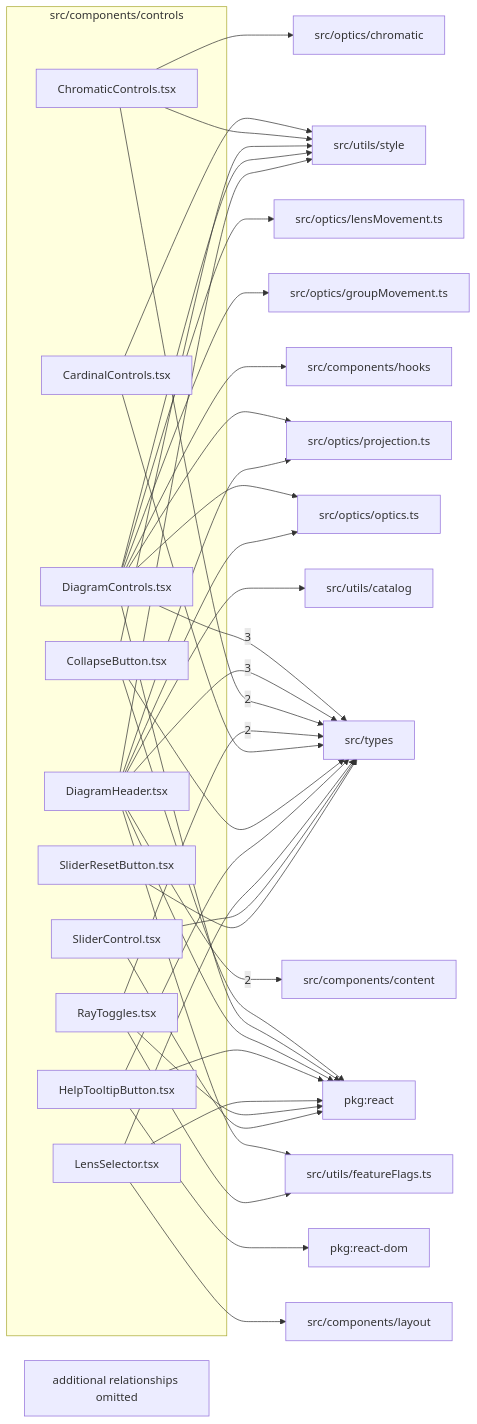
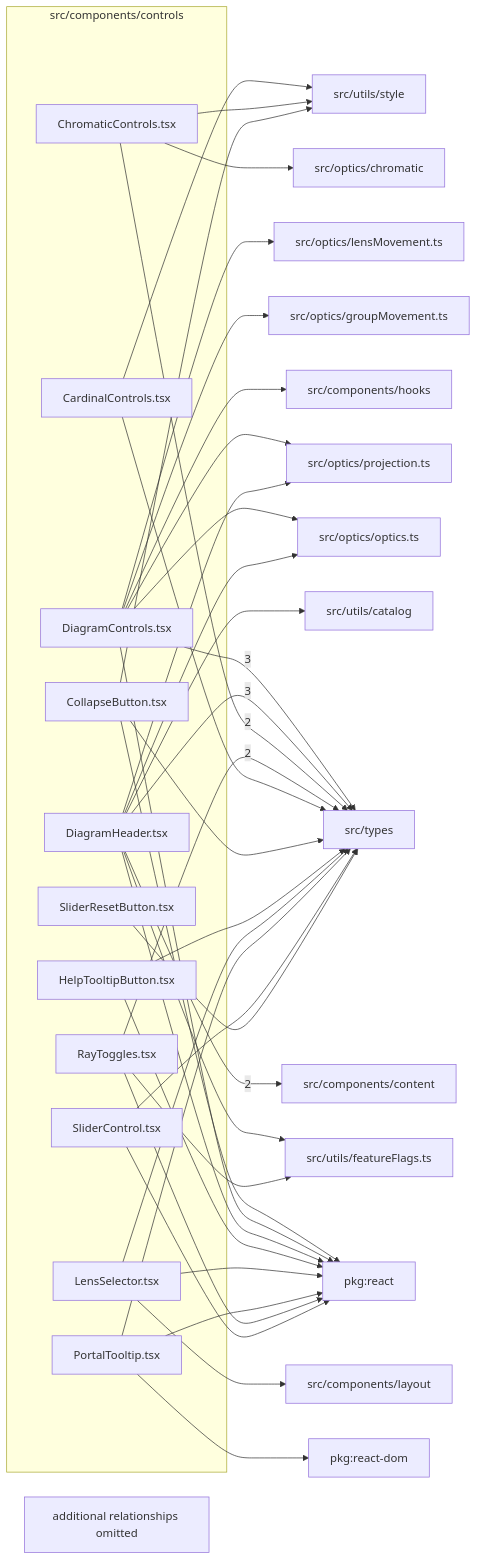
The diagram in src/components/controls/readme.md (ronbuening/LensVisualizer), drawn with Mermaid before and after one commit. The commit also changed other lines of this file and 29 other files, not shown here.

````diff
--- a/src/components/controls/readme.md
+++ b/src/components/controls/readme.md
@@ -9,66 +9,67 @@
 ```mermaid
 flowchart LR
   subgraph n_src_components_controls["src/components/controls"]
     n_src_components_controls_src_components_controls_CardinalControls_tsx["CardinalControls.tsx"]
     n_src_components_controls_src_components_controls_ChromaticControls_tsx["ChromaticControls.tsx"]
     n_src_components_controls_src_components_controls_CollapseButton_tsx["CollapseButton.tsx"]
     n_src_components_controls_src_components_controls_DiagramControls_tsx["DiagramControls.tsx"]
     n_src_components_controls_src_components_controls_DiagramHeader_tsx["DiagramHeader.tsx"]
     n_src_components_controls_src_components_controls_HelpTooltipButton_tsx["HelpTooltipButton.tsx"]
     n_src_components_controls_src_components_controls_LensSelector_tsx["LensSelector.tsx"]
+    n_src_components_controls_src_components_controls_PortalTooltip_tsx["PortalTooltip.tsx"]
     n_src_components_controls_src_components_controls_RayToggles_tsx["RayToggles.tsx"]
     n_src_components_controls_src_components_controls_SliderControl_tsx["SliderControl.tsx"]
     n_src_components_controls_src_components_controls_SliderResetButton_tsx["SliderResetButton.tsx"]
   end
   n_external_src_types["src/types"]
   n_external_src_components_content["src/components/content"]
   n_external_pkg_react["pkg:react"]
   n_external_pkg_react_dom["pkg:react-dom"]
   n_external_src_components_hooks["src/components/hooks"]
   n_external_src_components_layout["src/components/layout"]
   n_external_src_optics_chromatic["src/optics/chromatic"]
   n_external_src_optics_groupMovement_ts["src/optics/groupMovement.ts"]
   n_external_src_optics_lensMovement_ts["src/optics/lensMovement.ts"]
   n_external_src_optics_optics_ts["src/optics/optics.ts"]
   n_external_src_optics_projection_ts["src/optics/projection.ts"]
   n_external_src_utils_catalog["src/utils/catalog"]
   n_external_src_utils_featureFlags_ts["src/utils/featureFlags.ts"]
   n_external_src_utils_style["src/utils/style"]
   n_src_components_controls_src_components_controls_DiagramControls_tsx --> |3| n_external_src_types
   n_src_components_controls_src_components_controls_DiagramHeader_tsx --> |3| n_external_src_types
   n_src_components_controls_src_components_controls_DiagramHeader_tsx --> |2| n_external_src_components_content
   n_src_components_controls_src_components_controls_ChromaticControls_tsx --> |2| n_external_src_types
   n_src_components_controls_src_components_controls_RayToggles_tsx --> |2| n_external_src_types
   n_src_components_controls_src_components_controls_CollapseButton_tsx --> n_external_pkg_react
   n_src_components_controls_src_components_controls_DiagramControls_tsx --> n_external_pkg_react
   n_src_components_controls_src_components_controls_DiagramHeader_tsx --> n_external_pkg_react
   n_src_components_controls_src_components_controls_HelpTooltipButton_tsx --> n_external_pkg_react
   n_src_components_controls_src_components_controls_LensSelector_tsx --> n_external_pkg_react
+  n_src_components_controls_src_components_controls_PortalTooltip_tsx --> n_external_pkg_react
   n_src_components_controls_src_components_controls_RayToggles_tsx --> n_external_pkg_react
   n_src_components_controls_src_components_controls_SliderControl_tsx --> n_external_pkg_react
-  n_src_components_controls_src_components_controls_HelpTooltipButton_tsx --> n_external_pkg_react_dom
+  n_src_components_controls_src_components_controls_PortalTooltip_tsx --> n_external_pkg_react_dom
   n_src_components_controls_src_components_controls_DiagramControls_tsx --> n_external_src_components_hooks
   n_src_components_controls_src_components_controls_LensSelector_tsx --> n_external_src_components_layout
   n_src_components_controls_src_components_controls_ChromaticControls_tsx --> n_external_src_optics_chromatic
   n_src_components_controls_src_components_controls_DiagramControls_tsx --> n_external_src_optics_groupMovement_ts
   n_src_components_controls_src_components_controls_DiagramControls_tsx --> n_external_src_optics_lensMovement_ts
   n_src_components_controls_src_components_controls_DiagramControls_tsx --> n_external_src_optics_optics_ts
   n_src_components_controls_src_components_controls_DiagramHeader_tsx --> n_external_src_optics_optics_ts
   n_src_components_controls_src_components_controls_DiagramControls_tsx --> n_external_src_optics_projection_ts
   n_src_components_controls_src_components_controls_DiagramHeader_tsx --> n_external_src_optics_projection_ts
   n_src_components_controls_src_components_controls_CardinalControls_tsx --> n_external_src_types
   n_src_components_controls_src_components_controls_CollapseButton_tsx --> n_external_src_types
   n_src_components_controls_src_components_controls_HelpTooltipButton_tsx --> n_external_src_types
   n_src_components_controls_src_components_controls_LensSelector_tsx --> n_external_src_types
+  n_src_components_controls_src_components_controls_PortalTooltip_tsx --> n_external_src_types
   n_src_components_controls_src_components_controls_SliderControl_tsx --> n_external_src_types
   n_src_components_controls_src_components_controls_SliderResetButton_tsx --> n_external_src_types
   n_src_components_controls_src_components_controls_DiagramHeader_tsx --> n_external_src_utils_catalog
   n_src_components_controls_src_components_controls_DiagramHeader_tsx --> n_external_src_utils_featureFlags_ts
   n_src_components_controls_src_components_controls_RayToggles_tsx --> n_external_src_utils_featureFlags_ts
   n_src_components_controls_src_components_controls_CardinalControls_tsx --> n_external_src_utils_style
   n_src_components_controls_src_components_controls_ChromaticControls_tsx --> n_external_src_utils_style
   n_src_components_controls_src_components_controls_CollapseButton_tsx --> n_external_src_utils_style
-  n_src_components_controls_src_components_controls_DiagramControls_tsx --> n_external_src_utils_style
-  n_src_components_controls_src_components_controls_DiagramHeader_tsx --> n_external_src_utils_style
   n_src_components_controls_truncated["additional relationships omitted"]
 ```
````
